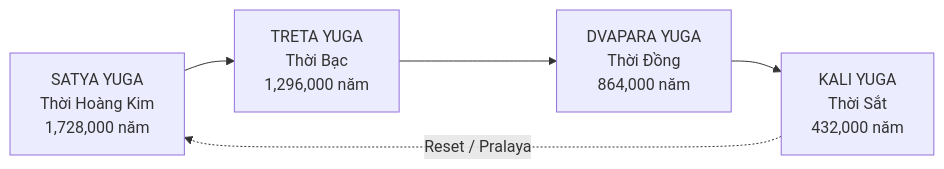
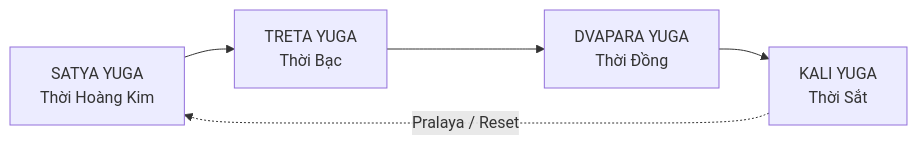
Before and after one commit to dyukahi/knowledge: the diagram in esoterica/Chu Kỳ Vũ Trụ — Yugas & Kalpas.md, drawn with Mermaid. The commit also changed other lines of this file, not shown here.

````diff
--- a/esoterica/Chu Kỳ Vũ Trụ — Yugas & Kalpas.md
+++ b/esoterica/Chu Kỳ Vũ Trụ — Yugas & Kalpas.md
@@ -46,10 +42,10 @@
 ```mermaid
 flowchart LR
-    S["SATYA YUGA<br/>Thời Hoàng Kim<br/>1,728,000 năm"]
-    T["TRETA YUGA<br/>Thời Bạc<br/>1,296,000 năm"]
-    D["DVAPARA YUGA<br/>Thời Đồng<br/>864,000 năm"]
-    K["KALI YUGA<br/>Thời Sắt<br/>432,000 năm"]
+    S["SATYA YUGA<br/>Thời Hoàng Kim"]
+    T["TRETA YUGA<br/>Thời Bạc"]
+    D["DVAPARA YUGA<br/>Thời Đồng"]
+    K["KALI YUGA<br/>Thời Sắt"]
     
     S --> T --> D --> K
-    K -.->|"Reset / Pralaya"| S
+    K -.->|"Pralaya / Reset"| S
 ```
````
